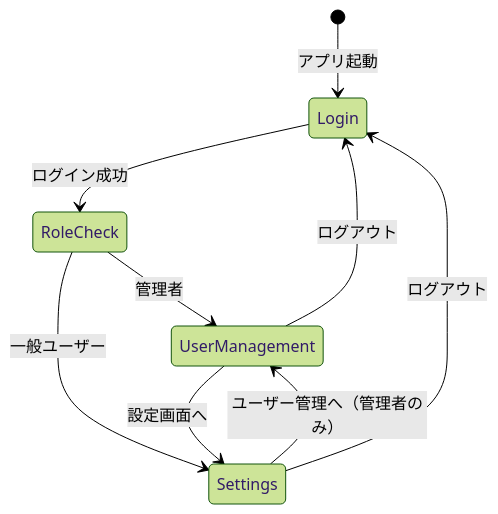
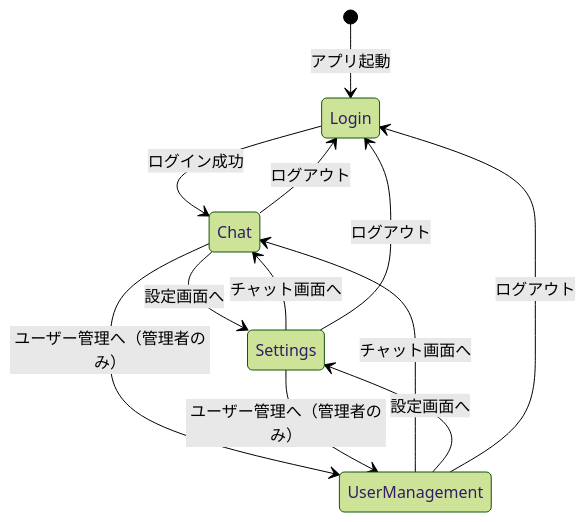
Before and after one commit to TomokiIshimine/fullstack-agent-app-with-claude: the second of 2 diagrams in docs/03_feature-list.md, drawn with Mermaid (forest theme). The commit also changed other lines of this file and 6 other files, not shown here.

````diff
--- a/docs/03_feature-list.md
+++ b/docs/03_feature-list.md
@@ -169,14 +210,17 @@
 ```mermaid
 stateDiagram-v2
     [*] --> Login: アプリ起動
-    Login --> RoleCheck: ログイン成功
+    Login --> Chat: ログイン成功
 
-    RoleCheck --> UserManagement: 管理者
-    RoleCheck --> Settings: 一般ユーザー
+    Chat --> Settings: 設定画面へ
+    Chat --> UserManagement: ユーザー管理へ（管理者のみ）
+    Settings --> Chat: チャット画面へ
+    UserManagement --> Chat: チャット画面へ
 
     UserManagement --> Settings: 設定画面へ
     Settings --> UserManagement: ユーザー管理へ（管理者のみ）
 
+    Chat --> Login: ログアウト
     UserManagement --> Login: ログアウト
     Settings --> Login: ログアウト
 ```
````
